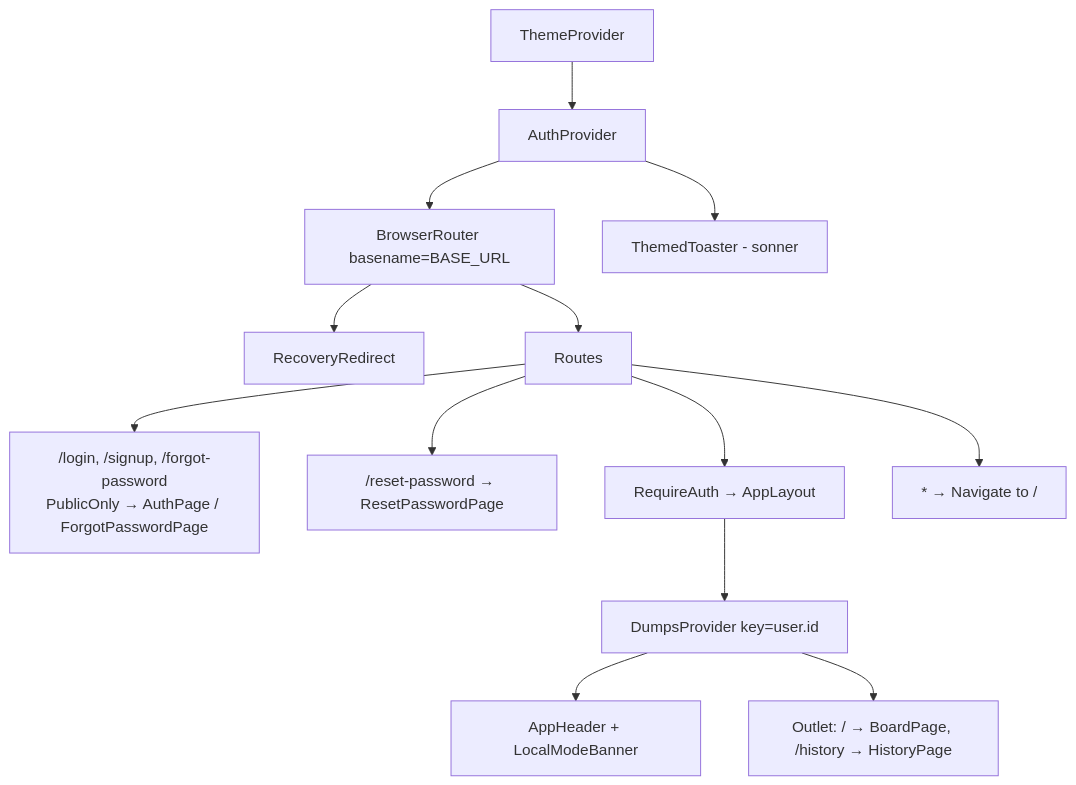
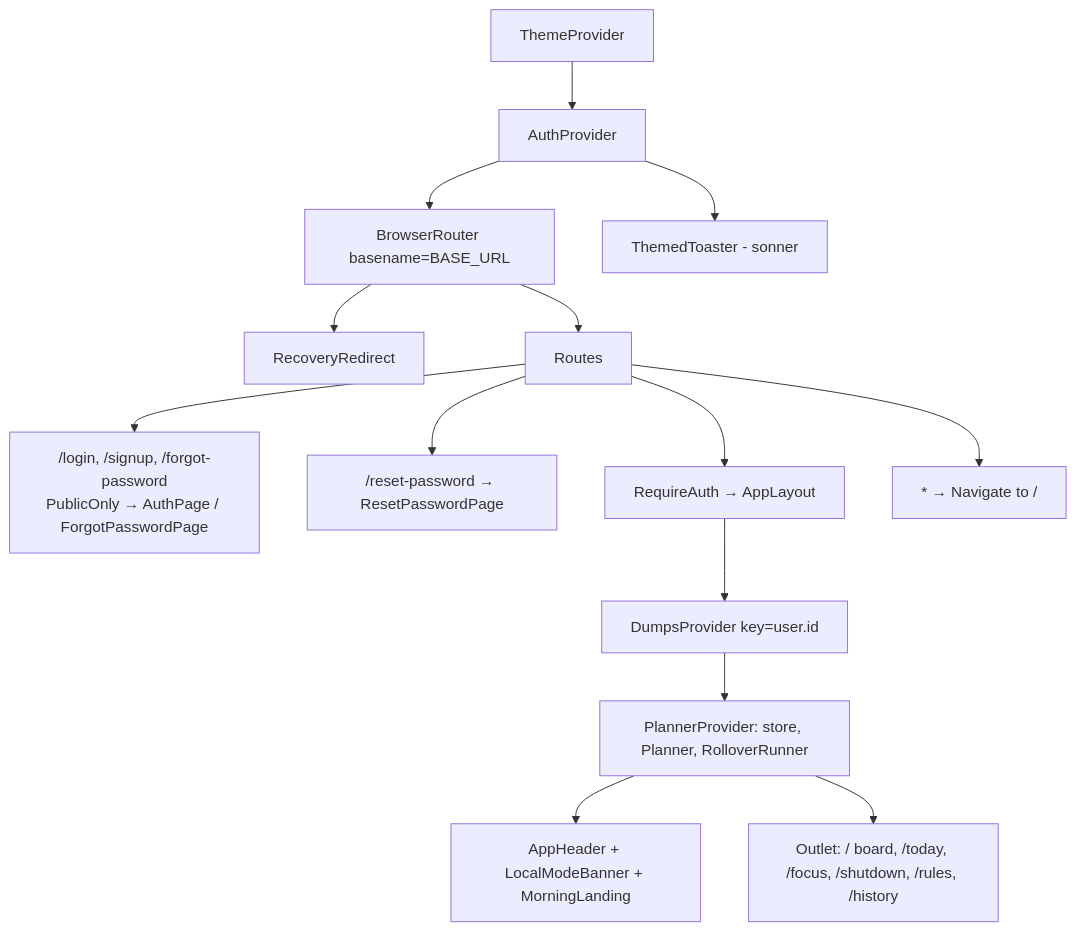
One commit to GamerNishant/mind-dump changed the first of 5 diagrams in FLOW.md. Above: the diagram before and after it, drawn with Mermaid. The commit also changed other lines of this file and 35 other files, not shown here.

````diff
--- a/FLOW.md
+++ b/FLOW.md
@@ -29,15 +29,16 @@
 ```mermaid
 flowchart TD
   A[ThemeProvider] --> B[AuthProvider]
   B --> C["BrowserRouter basename=BASE_URL"]
   B --> T[ThemedToaster - sonner]
   C --> R[RecoveryRedirect]
   C --> Routes
   Routes --> L["/login, /signup, /forgot-password<br/>PublicOnly → AuthPage / ForgotPasswordPage"]
   Routes --> RP["/reset-password → ResetPasswordPage"]
   Routes --> P["RequireAuth → AppLayout"]
   P --> D["DumpsProvider key=user.id"]
-  D --> H[AppHeader + LocalModeBanner]
-  D --> O["Outlet: / → BoardPage, /history → HistoryPage"]
+  D --> PP["PlannerProvider: store, Planner, RolloverRunner"]
+  PP --> H[AppHeader + LocalModeBanner + MorningLanding]
+  PP --> O["Outlet: / board, /today, /focus, /shutdown, /rules, /history"]
   Routes --> X["* → Navigate to /"]
 ```
````
